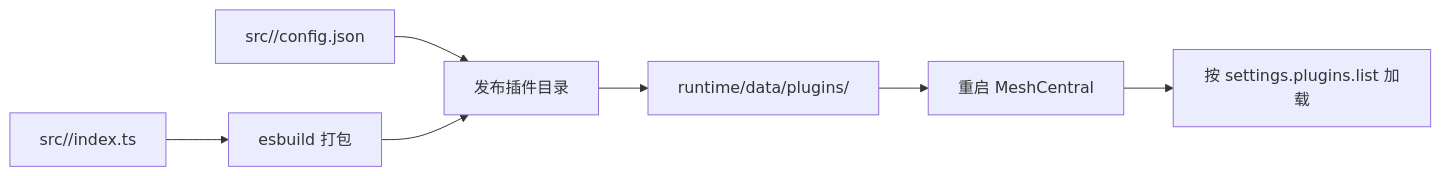
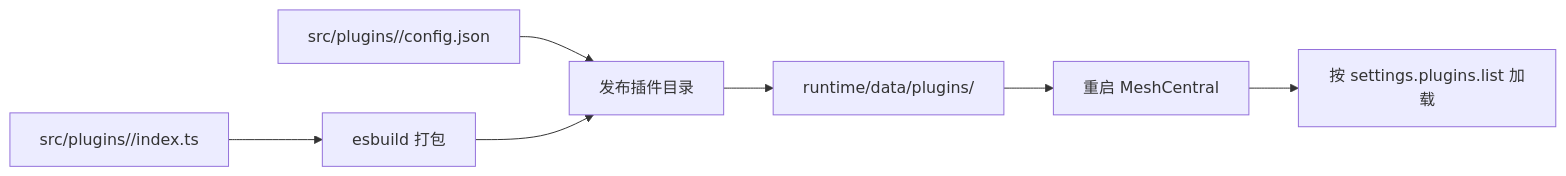
Before and after one commit to XiaoLop/nodexa-rmm: the diagram in packages/meshcentral-plugins/docs/plugin-development.md, drawn with Mermaid. The commit also changed other lines of this file and 52 other files, not shown here.

````diff
--- a/packages/meshcentral-plugins/docs/plugin-development.md
+++ b/packages/meshcentral-plugins/docs/plugin-development.md
@@ -11,9 +11,9 @@
 ```mermaid
 flowchart LR
-  source["src/<shortName>/index.ts"] --> build["esbuild 打包"]
-  config["src/<shortName>/config.json"] --> publish["发布插件目录"]
+  source["src/plugins/<shortName>/index.ts"] --> build["esbuild 打包"]
+  config["src/plugins/<shortName>/config.json"] --> publish["发布插件目录"]
   build --> publish
   publish --> runtime["runtime/data/plugins/<shortName>"]
   runtime --> restart["重启 MeshCentral"]
   restart --> load["按 settings.plugins.list 加载"]
 ```
````
